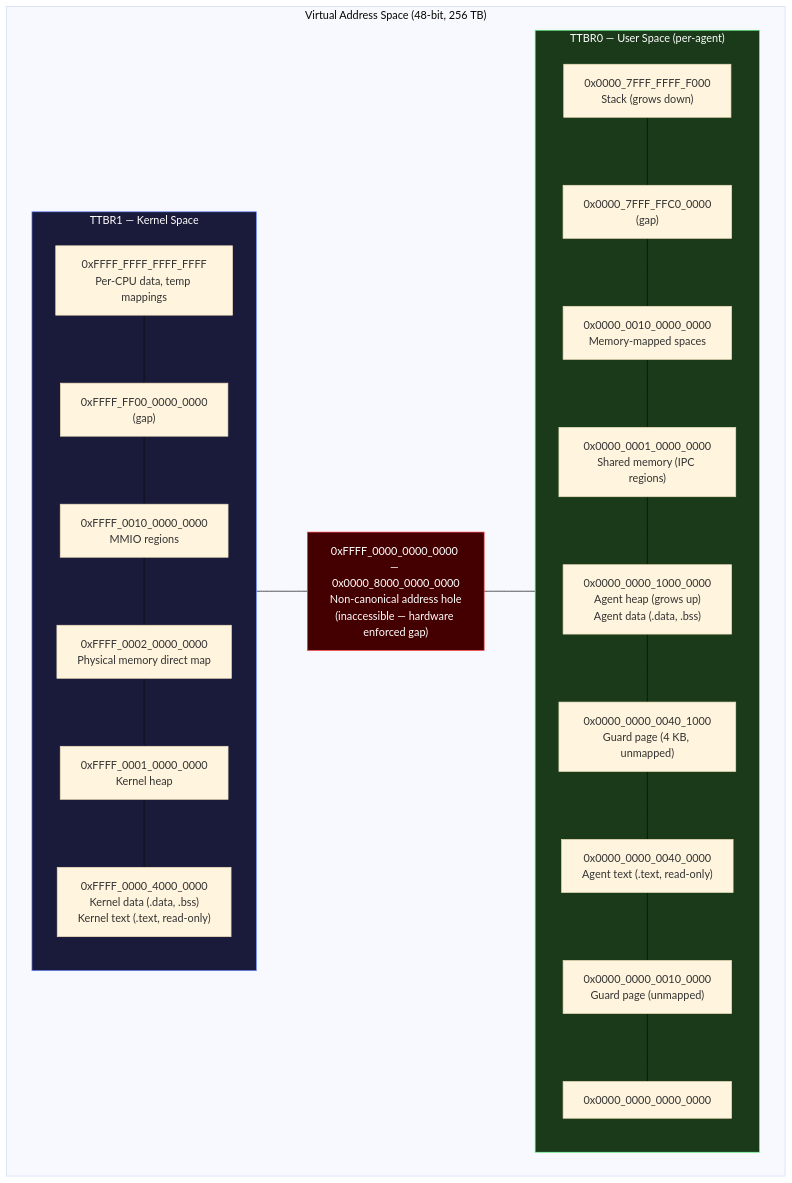
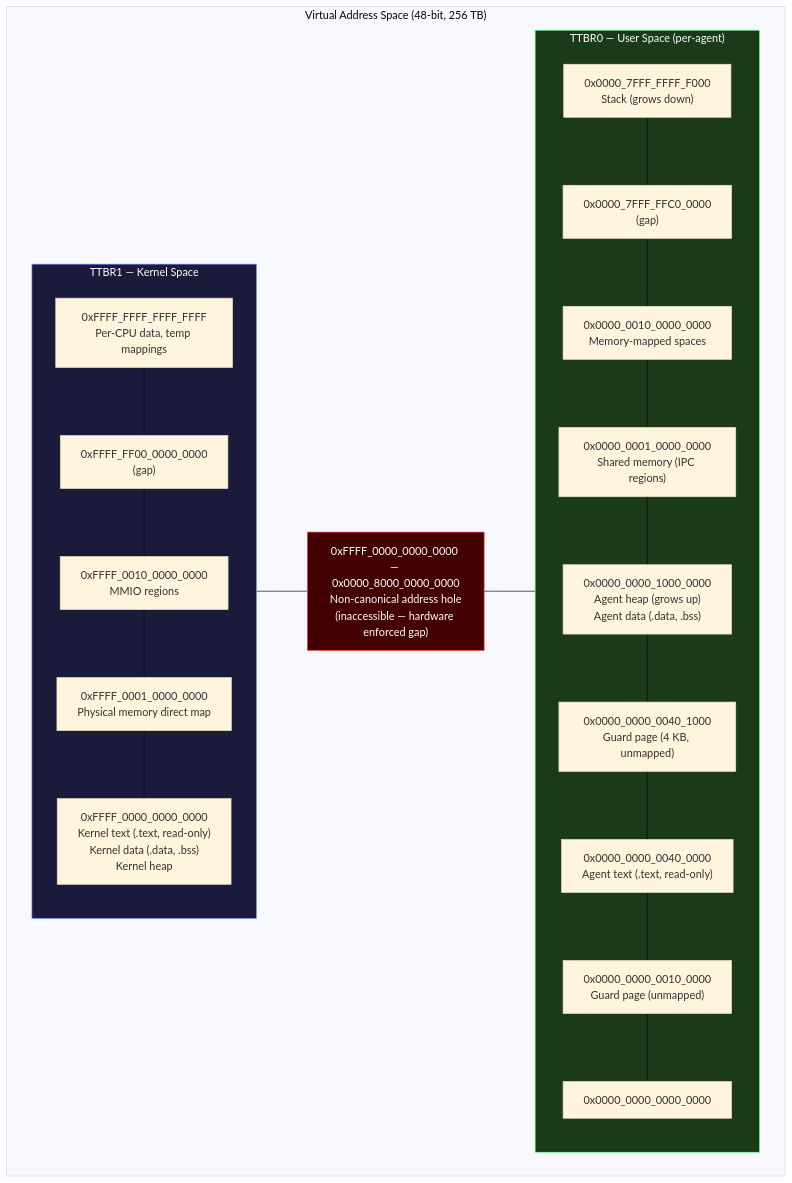
One commit to juslee/aios changed the second of 8 diagrams in docs/kernel/memory.md. Above: the diagram before and after it, drawn with Mermaid (base theme). The commit also changed other lines of this file and 11 other files, not shown here.

````diff
--- a/docs/kernel/memory.md
+++ b/docs/kernel/memory.md
@@ -459,50 +459,49 @@
 ```mermaid
 flowchart TD
     subgraph vas["Virtual Address Space (48-bit, 256 TB)"]
         subgraph ttbr1["TTBR1 — Kernel Space"]
             K1["`0xFFFF_FFFF_FFFF_FFFF
 Per-CPU data, temp mappings`"]
             K2["`0xFFFF_FF00_0000_0000
 (gap)`"]
             K3["`0xFFFF_0010_0000_0000
 MMIO regions`"]
-            K4["`0xFFFF_0002_0000_0000
+            K4["`0xFFFF_0001_0000_0000
 Physical memory direct map`"]
-            K5["`0xFFFF_0001_0000_0000
+            K5["`0xFFFF_0000_0000_0000
+Kernel text (.text, read-only)
+Kernel data (.data, .bss)
 Kernel heap`"]
-            K6["`0xFFFF_0000_4000_0000
-Kernel data (.data, .bss)
-Kernel text (.text, read-only)`"]
-            K1 --- K2 --- K3 --- K4 --- K5 --- K6
+            K1 --- K2 --- K3 --- K4 --- K5
         end
         HOLE["`0xFFFF_0000_0000_0000 — 0x0000_8000_0000_0000
 Non-canonical address hole
 (inaccessible — hardware enforced gap)`"]
         subgraph ttbr0["TTBR0 — User Space (per-agent)"]
             U1["`0x0000_7FFF_FFFF_F000
 Stack (grows down)`"]
             U2["`0x0000_7FFF_FFC0_0000
 (gap)`"]
             U3["`0x0000_0010_0000_0000
 Memory-mapped spaces`"]
             U4["`0x0000_0001_0000_0000
 Shared memory (IPC regions)`"]
             U5["`0x0000_0000_1000_0000
 Agent heap (grows up)
 Agent data (.data, .bss)`"]
             U6["`0x0000_0000_0040_1000
 Guard page (4 KB, unmapped)`"]
             U7["`0x0000_0000_0040_0000
 Agent text (.text, read-only)`"]
             U8["`0x0000_0000_0010_0000
 Guard page (unmapped)`"]
             U9["0x0000_0000_0000_0000"]
             U1 --- U2 --- U3 --- U4 --- U5 --- U6 --- U7 --- U8 --- U9
         end
         ttbr1 --- HOLE --- ttbr0
     end
 
     style HOLE fill:#440000,stroke:#ff4444,color:#ffffff
     style ttbr1 fill:#1a1a3a,stroke:#6688ff,color:#ffffff
     style ttbr0 fill:#1a3a1a,stroke:#66ff88,color:#ffffff
 ```
````
